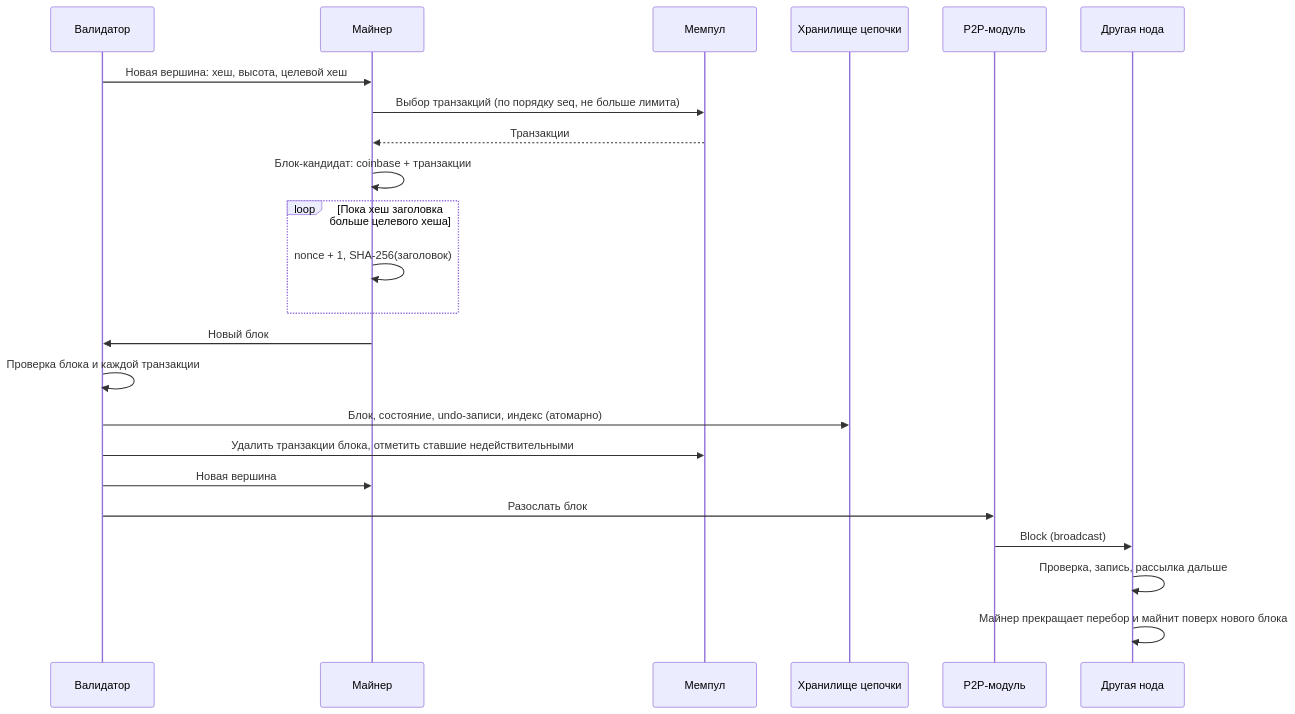
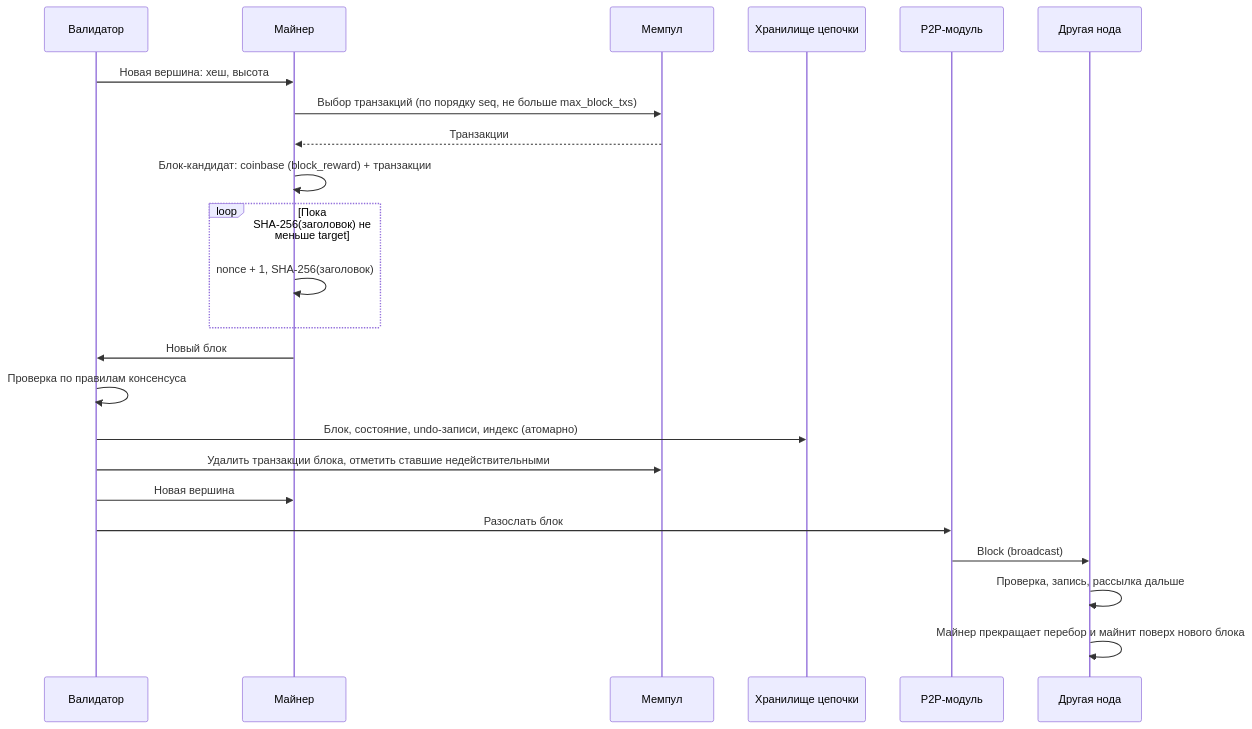
One commit to spbu-ds-practicum-2026/abp changed the sixth of 11 diagrams in docs/tr.md. Above: the diagram before and after it, drawn with Mermaid. The commit also changed other lines of this file, not shown here.

Commit message:
consensus rules, fixed rewards and block limits

````diff
--- a/docs/tr.md
+++ b/docs/tr.md
@@ -353,26 +421,26 @@
 ```mermaid
 sequenceDiagram
   participant Validator as Валидатор
   participant Miner as Майнер
   participant Mempool as Мемпул
   participant Chain as Хранилище цепочки
   participant P2P as P2P-модуль
   participant Peer as Другая нода
 
-  Validator->>Miner: Новая вершина: хеш, высота, целевой хеш
-  Miner->>Mempool: Выбор транзакций (по порядку seq, не больше лимита)
+  Validator->>Miner: Новая вершина: хеш, высота
+  Miner->>Mempool: Выбор транзакций (по порядку seq, не больше max_block_txs)
   Mempool-->>Miner: Транзакции
-  Miner->>Miner: Блок-кандидат: coinbase + транзакции
-  loop Пока хеш заголовка больше целевого хеша
+  Miner->>Miner: Блок-кандидат: coinbase (block_reward) + транзакции
+  loop Пока SHA-256(заголовок) не меньше target
     Miner->>Miner: nonce + 1, SHA-256(заголовок)
   end
   Miner->>Validator: Новый блок
-  Validator->>Validator: Проверка блока и каждой транзакции
+  Validator->>Validator: Проверка по правилам консенсуса
   Validator->>Chain: Блок, состояние, undo-записи, индекс (атомарно)
   Validator->>Mempool: Удалить транзакции блока, отметить ставшие недействительными
   Validator->>Miner: Новая вершина
   Validator->>P2P: Разослать блок
   P2P->>Peer: Block (broadcast)
   Peer->>Peer: Проверка, запись, рассылка дальше
   Peer->>Peer: Майнер прекращает перебор и майнит поверх нового блока
 ```
````
